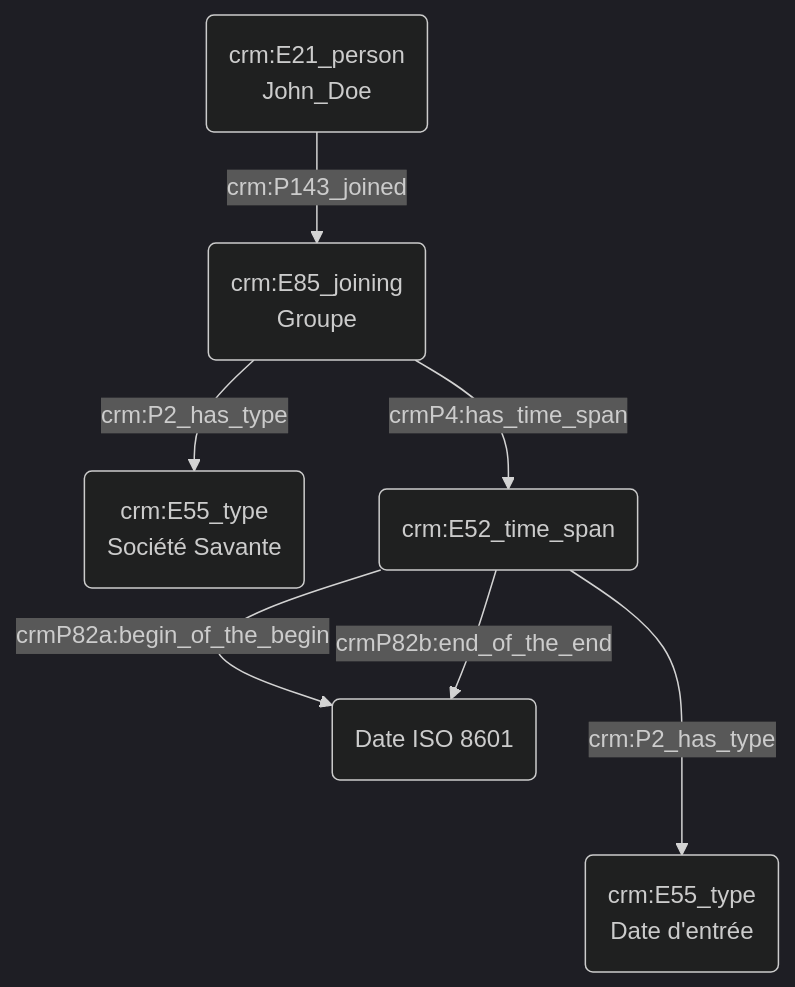
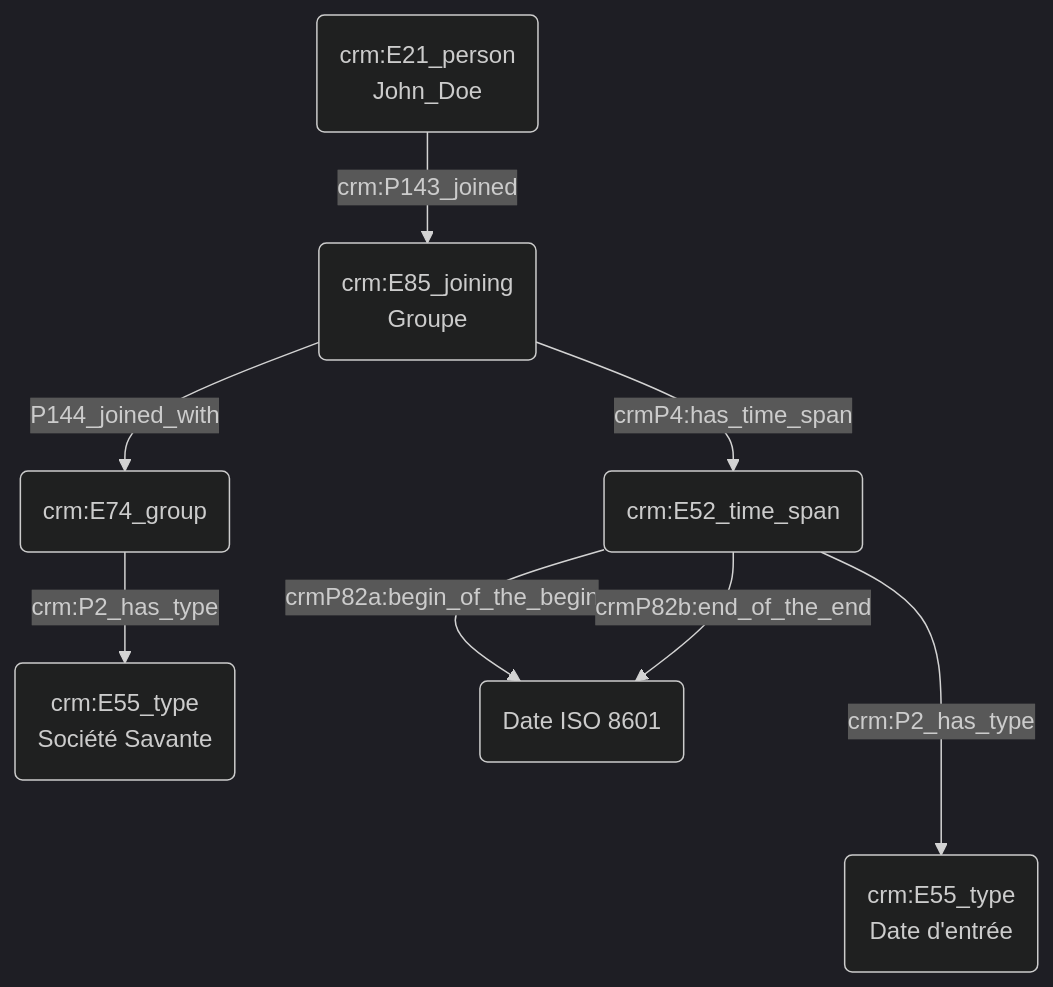
The diagram in modules/livrables/Dossier 2/Prosopographie/appartenance à un groupe social.md (Amleth/consortium-musica2-gt2-ontologies), drawn with Mermaid (dark theme) before and after one commit.

Commit message:
Update appartenance à un groupe social.md

````diff
--- a/modules/livrables/Dossier 2/Prosopographie/appartenance à un groupe social.md
+++ b/modules/livrables/Dossier 2/Prosopographie/appartenance à un groupe social.md
@@ -11,11 +11,13 @@
 ```mermaid
 graph TD;
 
 A(crm:E21_person<br>John_Doe) -->|crm:P143_joined| B(crm:E85_joining<br>Groupe)
-B(crm:E85_joining<br>Groupe) -->|crm:P2_has_type| C(crm:E55_type<br>Société Savante)
+B(crm:E85_joining<br>Groupe) --> |P144_joined_with| G(crm:E74_group)
+G(crm:E74_group) -->|crm:P2_has_type| C(crm:E55_type<br>Société Savante)
+
 B(crm:E85_joining<br>Groupe) --> |crmP4:has_time_span| D(crm:E52_time_span)
 D(crm:E52_time_span) --> |crmP82a:begin_of_the_begin| E(Date ISO 8601)
 D(crm:E52_time_span) --> |crmP82b:end_of_the_end| E(Date ISO 8601)
 D(crm:E52_time_span) --->|crm:P2_has_type| F(crm:E55_type<br>Date d'entrée)
 
 ```
````
